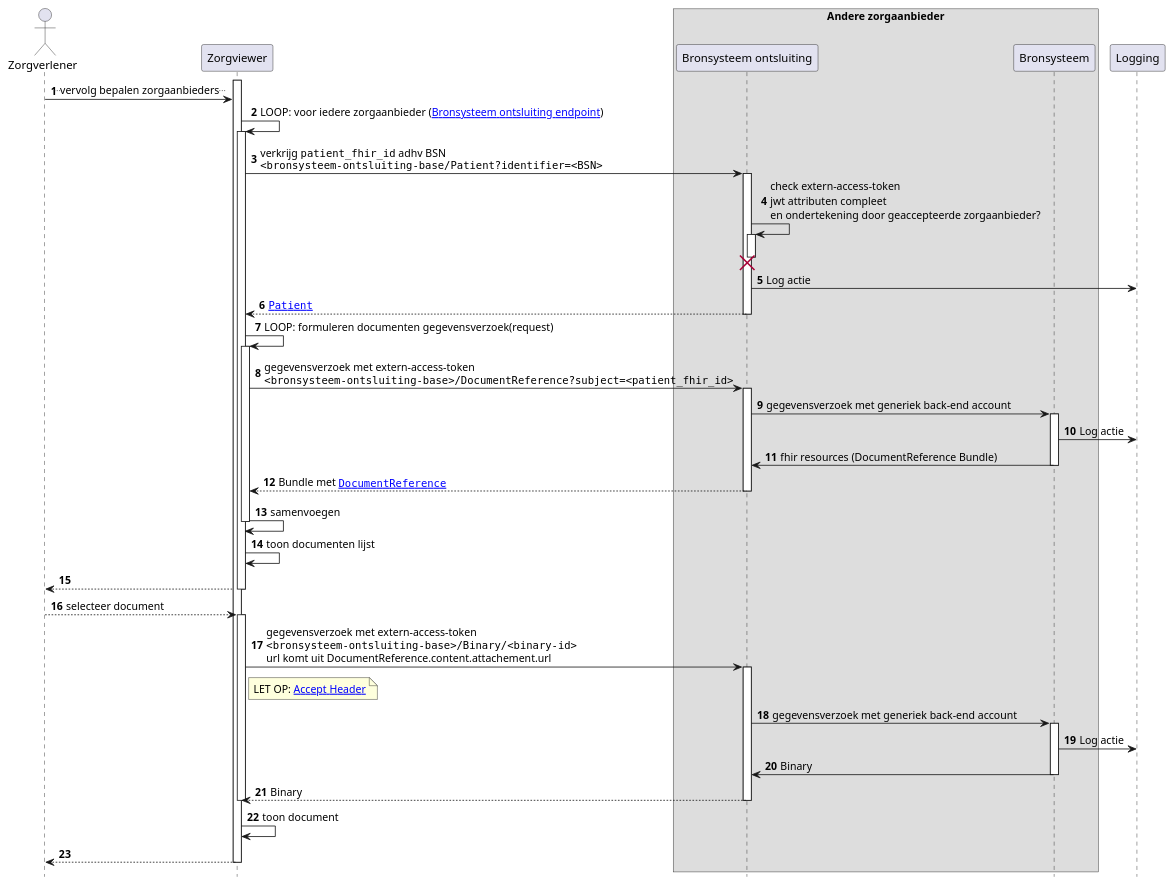
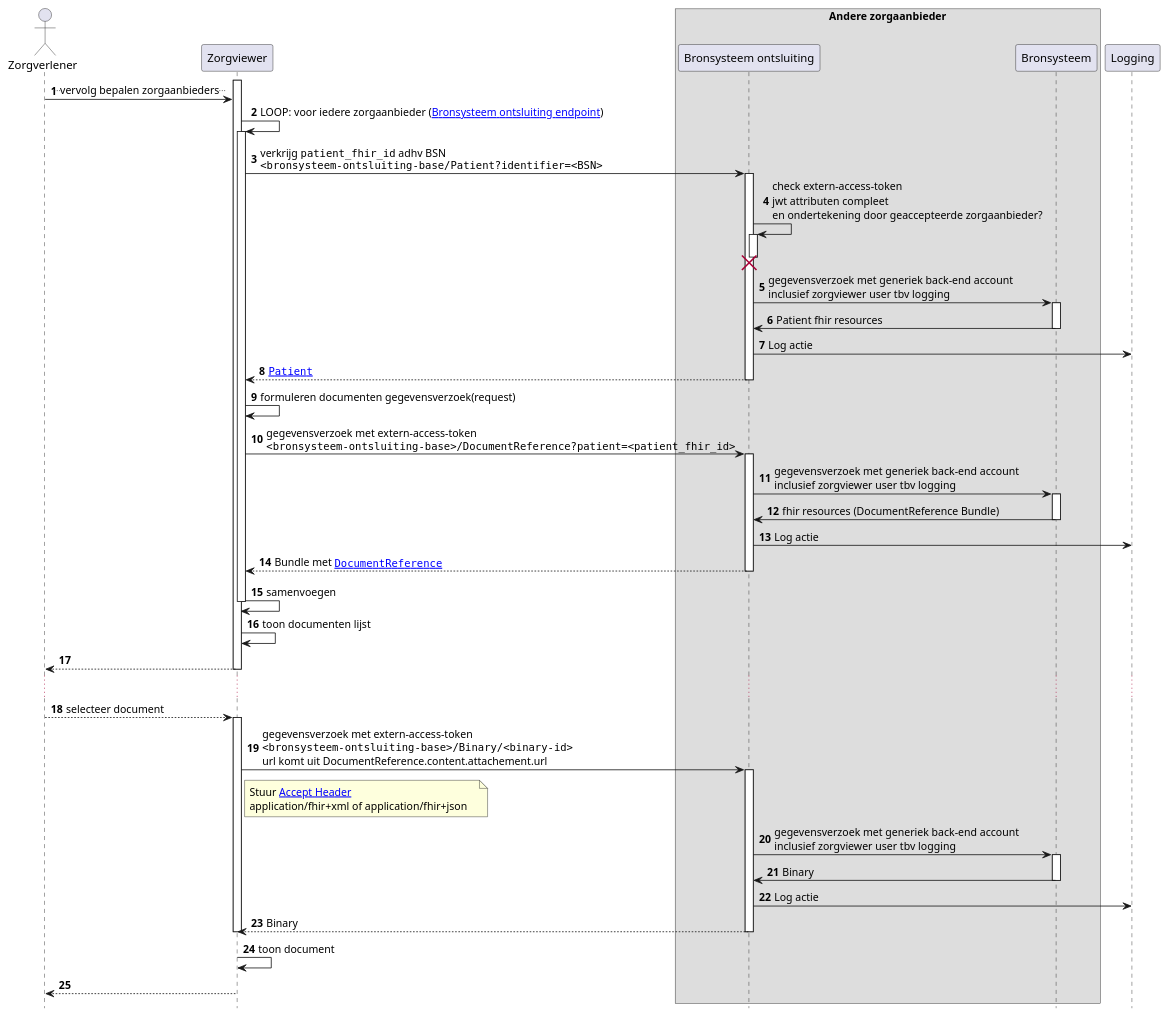
The diagram in input/images-source/Zorgviewer-seq-4.plantuml (RIVO-Noord/zorgviewer-ig), drawn with PlantUML before and after one commit. The commit also changed 3 other files, not shown here.

Commit message:
WG Review Documenten sequence

```diff
--- a/input/images-source/Zorgviewer-seq-4.plantuml
+++ b/input/images-source/Zorgviewer-seq-4.plantuml
@@ -1,59 +1,63 @@
 @startuml
 hide footbox
 autonumber
 
 actor Zorgverlener
 participant Zorgviewer
 box "Andere zorgaanbieder"
 participant "Bronsysteem ontsluiting" as Bron
 participant Bronsysteem
 end box
 
 activate Zorgviewer
 Zorgverlener->Zorgviewer: ..vervolg bepalen zorgaanbieders..
 Zorgviewer->Zorgviewer: LOOP: voor iedere zorgaanbieder ([[Endpoint-UMCG.html Bronsysteem ontsluiting endpoint]])
 activate Zorgviewer
 Zorgviewer->Bron : verkrijg ""patient_fhir_id"" adhv BSN\n""<bronsysteem-ontsluiting-base/Patient?identifier=<BSN>""
 activate Bron
 Bron->Bron++ : check extern-access-token\njwt attributen compleet\nen ondertekening door geaccepteerde zorgaanbieder?
 destroy Bron
+Bron->Bronsysteem : gegevensverzoek met generiek back-end account\ninclusief zorgviewer user tbv logging
+activate Bronsysteem
+Bronsysteem->Bron: Patient fhir resources
+deactivate Bronsysteem
 Bron->Logging : Log actie
 Bron-->Zorgviewer : ""[[StructureDefinition-Patient.html Patient]]""
 deactivate Bron
-Zorgviewer->Zorgviewer: LOOP: formuleren documenten gegevensverzoek(request)
-activate Zorgviewer
-Zorgviewer->Bron: gegevensverzoek met extern-access-token\n""<bronsysteem-ontsluiting-base>/DocumentReference?subject=<patient_fhir_id>""
+Zorgviewer->Zorgviewer: formuleren documenten gegevensverzoek(request)
+Zorgviewer->Bron: gegevensverzoek met extern-access-token\n""<bronsysteem-ontsluiting-base>/DocumentReference?patient=<patient_fhir_id>""
 activate Bron
-Bron->Bronsysteem : gegevensverzoek met generiek back-end account
+Bron->Bronsysteem : gegevensverzoek met generiek back-end account\ninclusief zorgviewer user tbv logging
 activate Bronsysteem
-Bronsysteem->Logging : Log actie
 Bronsysteem->Bron: fhir resources (DocumentReference Bundle)
 deactivate Bronsysteem
+Bron->Logging : Log actie
 Bron-->Zorgviewer: Bundle met ""[[StructureDefinition-DocumentReference.html DocumentReference]]""
 deactivate Bron
 Zorgviewer->Zorgviewer: samenvoegen
 deactivate Zorgviewer
 Zorgviewer->Zorgviewer: toon documenten lijst
 Zorgviewer-->Zorgverlener
 deactivate Zorgviewer
-
+...
 Zorgverlener-->Zorgviewer: selecteer document
 activate Zorgviewer
 Zorgviewer->Bron: gegevensverzoek met extern-access-token\n""<bronsysteem-ontsluiting-base>/Binary/<binary-id>""\nurl komt uit DocumentReference.content.attachement.url
 note right Zorgviewer
-    LET OP: [[http://hl7.org/fhir/STU3/binary.html#rest Accept Header]]
+    Stuur [[http://hl7.org/fhir/STU3/binary.html#rest Accept Header]]
+    application/fhir+xml of application/fhir+json   
 end note
 activate Bron
-Bron->Bronsysteem : gegevensverzoek met generiek back-end account
+Bron->Bronsysteem : gegevensverzoek met generiek back-end account\ninclusief zorgviewer user tbv logging
 activate Bronsysteem
-Bronsysteem->Logging : Log actie
 Bronsysteem->Bron: Binary
 deactivate Bronsysteem
+Bron->Logging : Log actie
 Bron-->Zorgviewer: Binary
 deactivate Bron
 deactivate Zorgviewer
 Zorgviewer->Zorgviewer: toon document
 Zorgviewer-->Zorgverlener
 deactivate Zorgviewer
 
 @enduml
```
